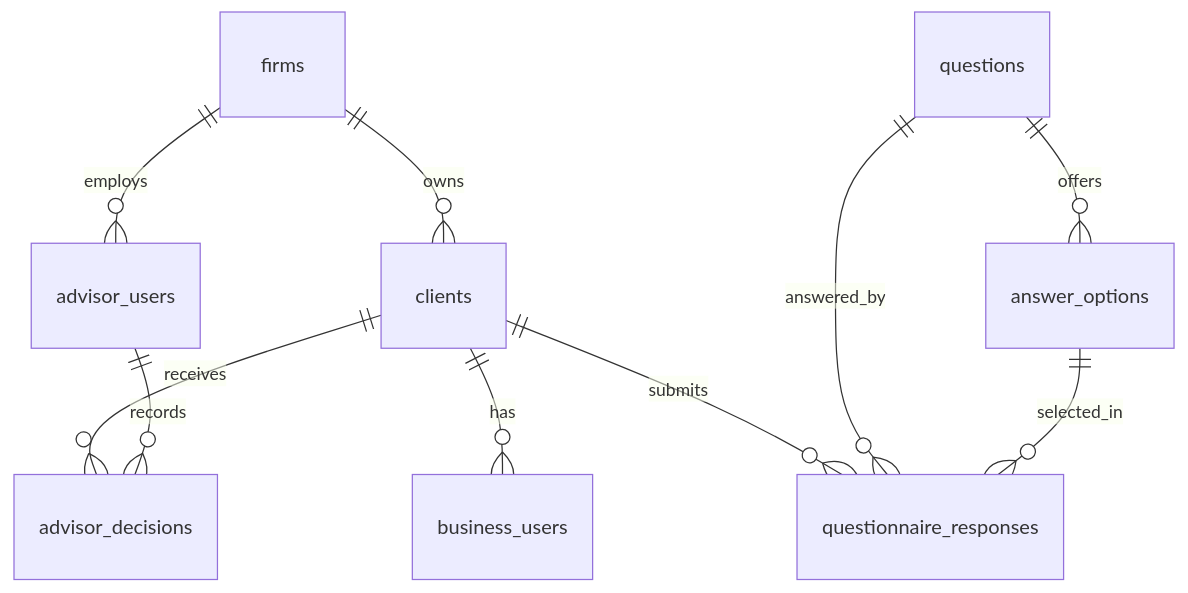
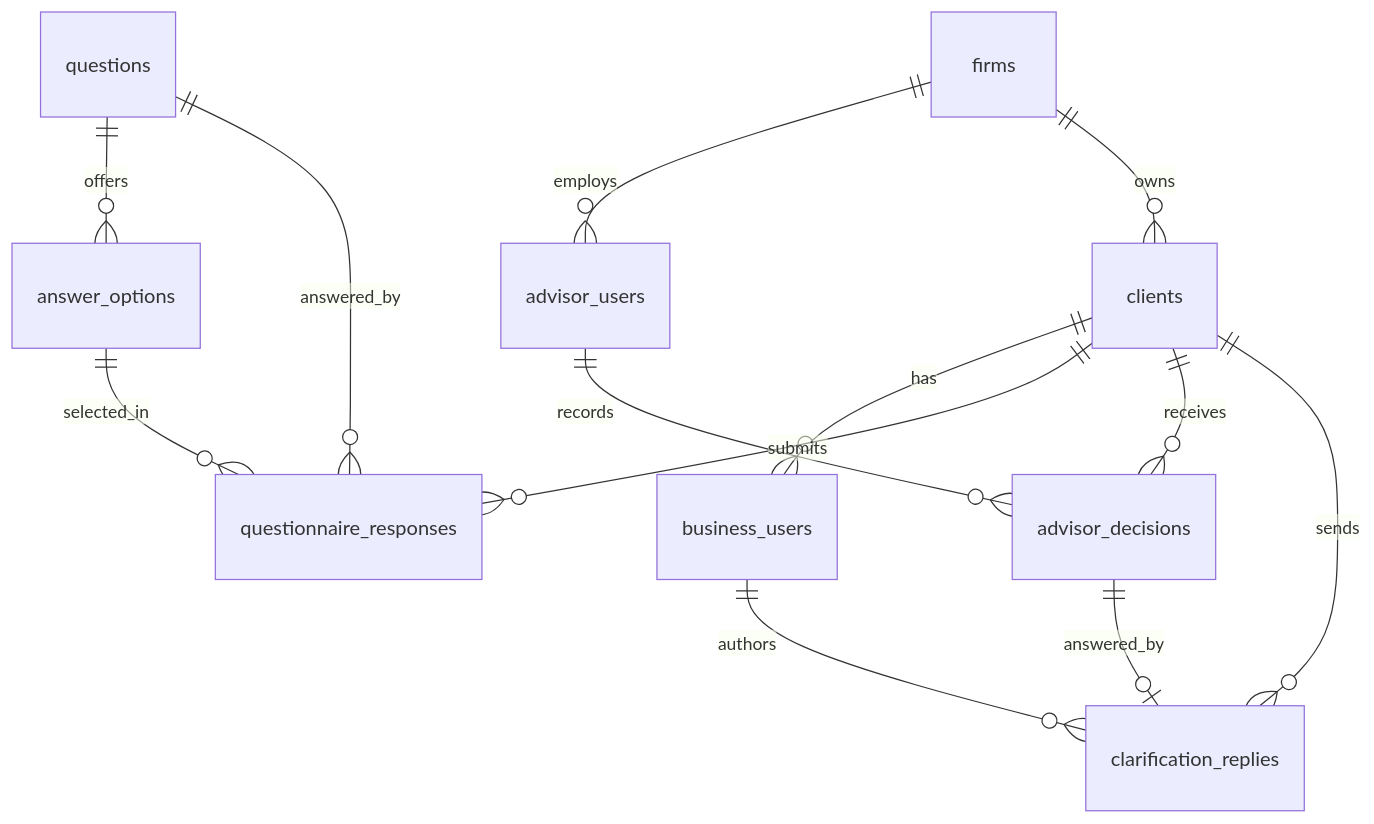
One commit to ihardikgondaliya/vetted changed the second of 3 diagrams in ARCHITECTURE.md. Above: the diagram before and after it, drawn with Mermaid. The commit also changed other lines of this file and 6 other files, not shown here.

Commit message:
Add owner decision updates and clarification replies

```diff
--- a/ARCHITECTURE.md
+++ b/ARCHITECTURE.md
@@ -69,12 +69,15 @@
 ~~~mermaid
 erDiagram
     firms ||--o{ advisor_users : employs
     firms ||--o{ clients : owns
     clients ||--o{ business_users : has
     clients ||--o{ questionnaire_responses : submits
     clients ||--o{ advisor_decisions : receives
+    clients ||--o{ clarification_replies : sends
+    advisor_decisions ||--o| clarification_replies : answered_by
+    business_users ||--o{ clarification_replies : authors
     questions ||--o{ answer_options : offers
     questions ||--o{ questionnaire_responses : answered_by
     answer_options ||--o{ questionnaire_responses : selected_in
     advisor_users ||--o{ advisor_decisions : records
 ~~~
```
